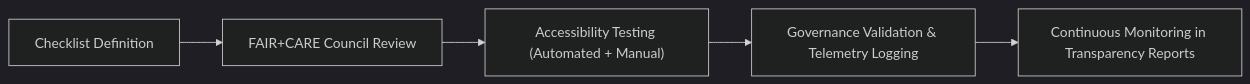
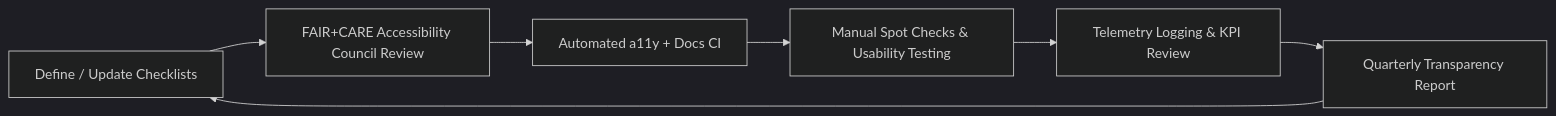
Before and after one commit to bartytime4life/Kansas-Frontier-Matrix: the diagram in docs/accessibility/checklists/README.md, drawn with Mermaid (dark theme). The commit also changed other lines of this file, not shown here.

````diff
--- a/docs/accessibility/checklists/README.md
+++ b/docs/accessibility/checklists/README.md
@@ -146,7 +190,9 @@
-```mermaid
+~~~mermaid
 flowchart LR
-A["Checklist Definition"] --> B["FAIR+CARE Council Review"]
-B --> C["Accessibility Testing (Automated + Manual)"]
-C --> D["Governance Validation & Telemetry Logging"]
-D --> E["Continuous Monitoring in Transparency Reports"]
-```
+A[Define / Update Checklists] --> B[FAIR+CARE Accessibility Council Review]
+B --> C[Automated a11y + Docs CI]
+C --> D[Manual Spot Checks & Usability Testing]
+D --> E[Telemetry Logging & KPI Review]
+E --> F[Quarterly Transparency Report]
+F --> A
+~~~
````
